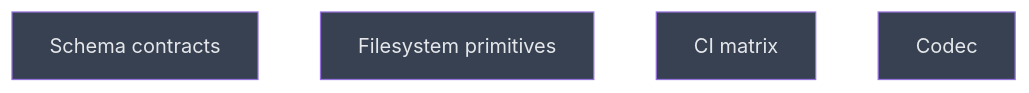
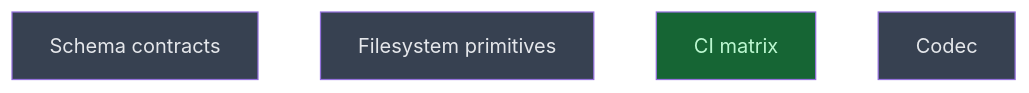
One commit to CrackingShells/cracking-shells-playbook changed the diagram in __roadmap__/m1-core-foundation/settle/build/README.md. Above: the diagram before and after it, drawn with Mermaid. The commit also changed other lines of this file and 3 other files, not shown here.

First line of the commit message:
chore(roadmap): close the m1 ci matrix

````diff
--- a/__roadmap__/m1-core-foundation/settle/build/README.md
+++ b/__roadmap__/m1-core-foundation/settle/build/README.md
@@ -20,12 +20,12 @@
 ```mermaid
 graph TD
     schema_contracts[Schema contracts]:::planned
     fs_primitives[Filesystem primitives]:::planned
-    ci_matrix[CI matrix]:::planned
+    ci_matrix[CI matrix]:::done
     codec[Codec]:::planned
     classDef done       fill:#166534,color:#bbf7d0
     classDef inprogress fill:#854d0e,color:#fef08a
     classDef planned    fill:#374151,color:#e5e7eb
     classDef amendment  fill:#1e3a5f,color:#bfdbfe
     classDef blocked    fill:#7f1d1d,color:#fecaca
 ```
````
